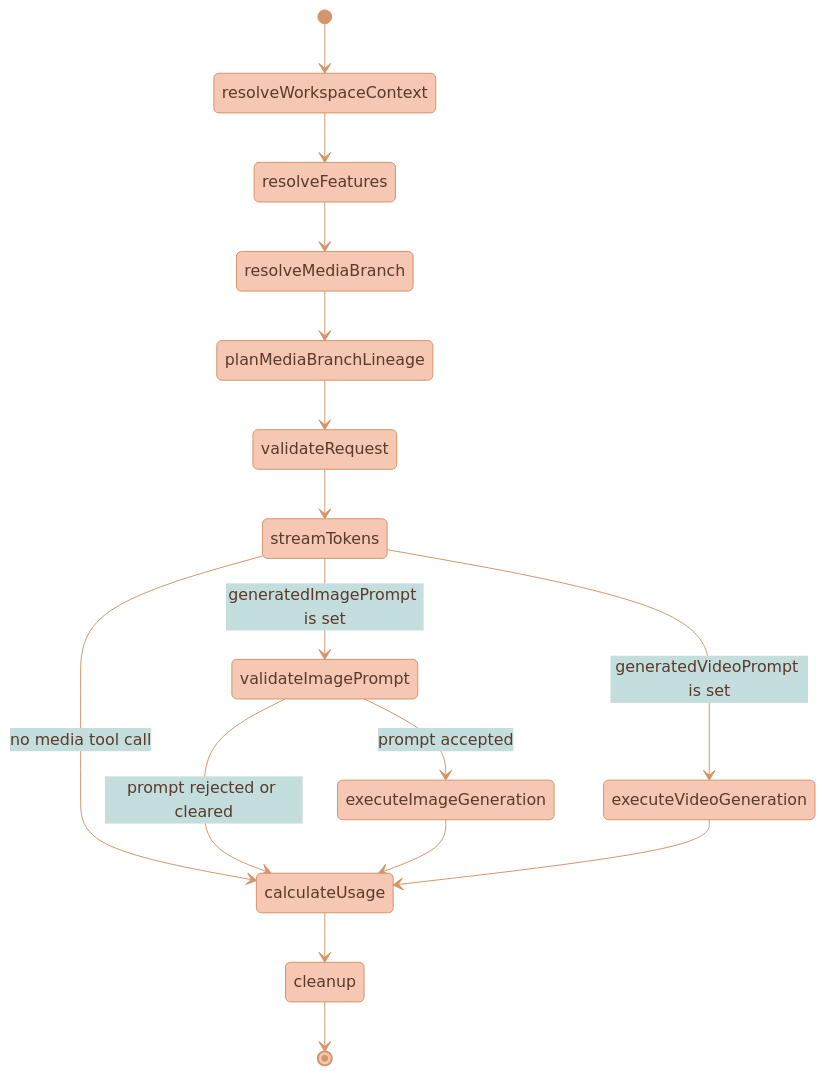
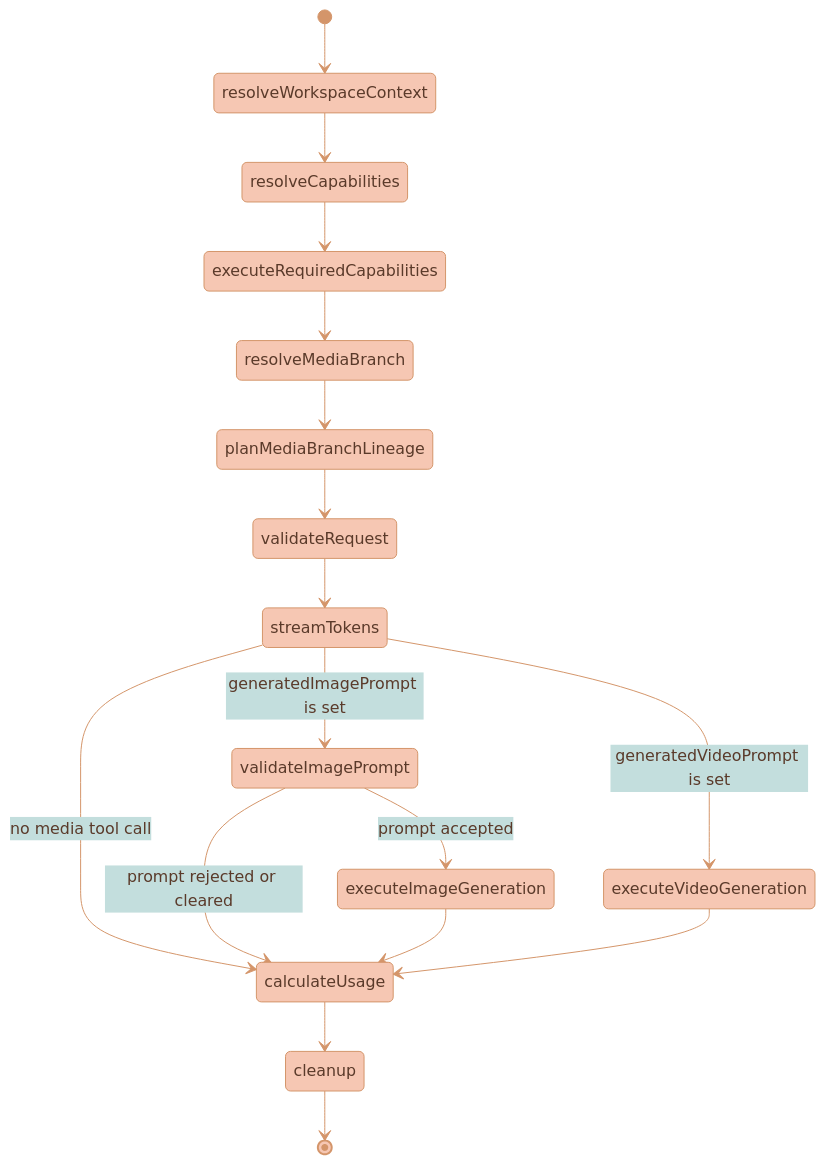
The first of 3 diagrams in documentation/platform/AI-GENERATION-PIPELINE.md (Lixpi/lixpi), drawn with Mermaid before and after one commit. The commit also changed other lines of this file and 380 other files, not shown here.

````diff
--- a/documentation/platform/AI-GENERATION-PIPELINE.md
+++ b/documentation/platform/AI-GENERATION-PIPELINE.md
@@ -22,23 +22,24 @@
 ```mermaid
 %%{init: {'theme': 'base', 'themeVariables': { 'primaryColor': '#F6C7B3', 'primaryTextColor': '#5a3a2a', 'primaryBorderColor': '#d4956a', 'secondaryColor': '#C3DEDD', 'secondaryTextColor': '#1a3a47', 'secondaryBorderColor': '#4a8a9d', 'tertiaryColor': '#DCECE9', 'tertiaryTextColor': '#1a3a47', 'tertiaryBorderColor': '#82B2C0', 'lineColor': '#d4956a', 'textColor': '#5a3a2a'}}}%%
 stateDiagram-v2
     [*] --> resolveWorkspaceContext
-    resolveWorkspaceContext --> resolveFeatures
-    resolveFeatures --> resolveMediaBranch
+    resolveWorkspaceContext --> resolveCapabilities
+    resolveCapabilities --> executeRequiredCapabilities
+    executeRequiredCapabilities --> resolveMediaBranch
     resolveMediaBranch --> planMediaBranchLineage
     planMediaBranchLineage --> validateRequest
     validateRequest --> streamTokens
 
     streamTokens --> executeVideoGeneration: generatedVideoPrompt is set
     streamTokens --> validateImagePrompt: generatedImagePrompt is set
     streamTokens --> calculateUsage: no media tool call
 
     validateImagePrompt --> executeImageGeneration: prompt accepted
     validateImagePrompt --> calculateUsage: prompt rejected or cleared
 
     executeImageGeneration --> calculateUsage
     executeVideoGeneration --> calculateUsage
 
     calculateUsage --> cleanup
     cleanup --> [*]
 ```
````
